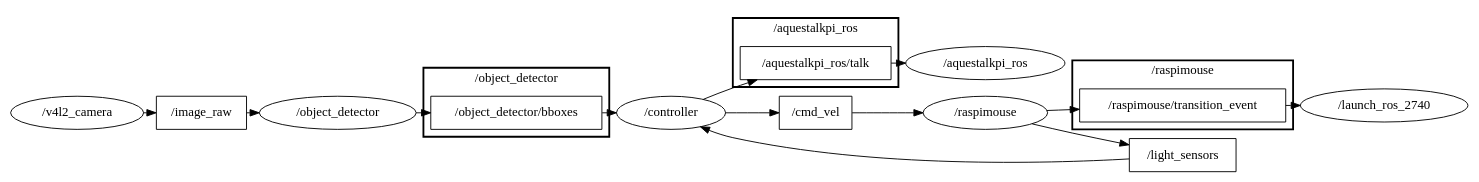
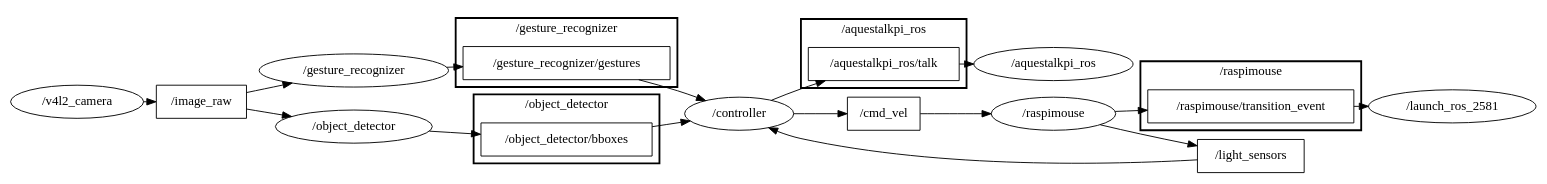
Before and after one commit to eyr1n/robotexp_group3_ws: the diagram in rosgraph.dot, drawn with Graphviz.

```diff
--- a/rosgraph.dot
+++ b/rosgraph.dot
@@ -1,17 +1,57 @@
 digraph graphname {
-	graph [bb="0,0,1583.7,170.99",
+	graph [bb="0,0,1657.8,201",
 		compound=True,
 		rank=same,
 		rankdir=LR,
 		ranksep=0.2
 	];
 	node [label="\N"];
+	subgraph cluster___gesture_recognizer {
+		graph [bb="483.67,118,724.67,193",
+			compound=True,
+			label="/gesture_recognizer",
+			lheight=0.21,
+			lp="604.17,181.5",
+			lwidth=1.97,
+			rank=same,
+			rankdir=LR,
+			ranksep=0.2,
+			style=bold
+		];
+		t___gesture_recognizer__gestures	[URL=topic_3A__gesture_recognizer__gestures,
+			height=0.5,
+			label="/gesture_recognizer/gestures",
+			pos="604.17,144",
+			shape=box,
+			tooltip="topic:/gesture_recognizer/gestures",
+			width=3.125];
+	}
+	subgraph cluster___aquestalkpi_ros {
+		graph [bb="858.96,62,1039,137",
+			compound=True,
+			label="/aquestalkpi_ros",
+			lheight=0.21,
+			lp="948.96,125.5",
+			lwidth=1.62,
+			rank=same,
+			rankdir=LR,
+			ranksep=0.2,
+			style=bold
+		];
+		t___aquestalkpi_ros__talk	[URL=topic_3A__aquestalkpi_ros__talk,
+			height=0.5,
+			label="/aquestalkpi_ros/talk",
+			pos="948.96,88",
+			shape=box,
+			tooltip="topic:/aquestalkpi_ros/talk",
+			width=2.2778];
+	}
 	subgraph cluster___object_detector {
-		graph [bb="448.57,62,650.57,137",
+		graph [bb="503.17,35,705.17,110",
 			compound=True,
 			label="/object_detector",
 			lheight=0.21,
-			lp="549.57,125.5",
+			lp="604.17,98.5",
 			lwidth=1.60,
 			rank=same,
 			rankdir=LR,
@@ -21,17 +61,17 @@
 		t___object_detector__bboxes	[URL=topic_3A__object_detector__bboxes,
 			height=0.5,
 			label="/object_detector/bboxes",
-			pos="549.57,88",
+			pos="604.17,61",
 			shape=box,
 			tooltip="topic:/object_detector/bboxes",
 			width=2.5833];
 	}
 	subgraph cluster___raspimouse {
-		graph [bb="1153.7,8,1393.7,83",
+		graph [bb="1227.8,8,1467.8,83",
 			compound=True,
 			label="/raspimouse",
 			lheight=0.21,
-			lp="1273.7,71.5",
+			lp="1347.8,71.5",
 			lwidth=1.22,
 			rank=same,
 			rankdir=LR,
@@ -41,128 +81,124 @@
 		t___raspimouse__transition_event	[URL=topic_3A__raspimouse__transition_event,
 			height=0.5,
 			label="/raspimouse/transition_event",
-			pos="1273.7,34",
+			pos="1347.8,34",
 			shape=box,
 			tooltip="topic:/raspimouse/transition_event",
 			width=3.1111];
 	}
-	subgraph cluster___aquestalkpi_ros {
-		graph [bb="784.86,62,964.86,137",
-			compound=True,
-			label="/aquestalkpi_ros",
-			lheight=0.21,
-			lp="874.86,125.5",
-			lwidth=1.62,
-			rank=same,
-			rankdir=LR,
-			ranksep=0.2,
-			style=bold
-		];
-		t___aquestalkpi_ros__talk	[URL=topic_3A__aquestalkpi_ros__talk,
-			height=0.5,
-			label="/aquestalkpi_ros/talk",
-			pos="874.86,88",
-			shape=box,
-			tooltip="topic:/aquestalkpi_ros/talk",
-			width=2.2778];
-	}
 	n___controller	[URL=__controller,
 		height=0.5,
 		label="/controller",
-		pos="717.72,88",
+		pos="791.81,88",
 		shape=ellipse,
 		tooltip="/controller",
 		width=1.6429];
-	t___object_detector__bboxes -> n___controller	[edgetooltip="Subscription\nnode_name: /controller\ntopic_name: /object_detector/bboxes\nQoS settings\n- reliability: reliable\n- durability: volatile\n- lifespan: 9223372036854775807 ns\n- deadline: 9223372036854775807 ns\n- liveliness: automatic\n- liveliness_lease_duration: 9223372036854775807 ns\n- avoid_ros_namespace_conventions: False",
+	t___gesture_recognizer__gestures -> n___controller	[edgetooltip="Subscription\nnode_name: /controller\ntopic_name: /gesture_recognizer/gestures\nQoS settings\n- reliability: reliable\n- durability: volatile\n- lifespan: 9223372036854775807 ns\n- deadline: 9223372036854775807 ns\n- liveliness: automatic\n- liveliness_lease_duration: 9223372036854775807 ns\n- avoid_ros_namespace_conventions: False",
 		penwidth=1,
-		pos="e,658.33,88 642.88,88 644.67,88 646.46,88 648.25,88"];
-	n___launch_ros_2740	[URL=__launch_ros_2740,
-		height=0.5,
-		label="/launch_ros_2740",
-		pos="1492.7,34",
-		shape=ellipse,
-		tooltip="/launch_ros_2740",
-		width=2.5276];
-	t___raspimouse__transition_event -> n___launch_ros_2740	[edgetooltip="Subscription\nnode_name: /launch_ros_2740\ntopic_name: /raspimouse/transition_event\nQoS settings\n- reliability: reliable\n- durability: volatile\n- lifespan: 9223372036854775807 ns\n- deadline: 9223372036854775807 ns\n- liveliness: automatic\n- liveliness_lease_duration: 9223372036854775807 ns\n- avoid_ros_namespace_conventions: False",
-		penwidth=1,
-		pos="e,1401.7,34 1385.8,34 1387.6,34 1389.4,34 1391.3,34"];
+		pos="e,756.44,102.48 683.04,125.99 696.99,122.33 711.33,118.28 724.67,114 731.86,111.7 739.39,109.01 746.69,106.25"];
 	n___aquestalkpi_ros	[URL=__aquestalkpi_ros,
 		height=0.5,
 		label="/aquestalkpi_ros",
-		pos="1059.3,88",
+		pos="1133.4,88",
 		shape=ellipse,
 		tooltip="/aquestalkpi_ros",
 		width=2.4012];
 	t___aquestalkpi_ros__talk -> n___aquestalkpi_ros	[edgetooltip="Subscription\nnode_name: /aquestalkpi_ros\ntopic_name: /aquestalkpi_ros/talk\nQoS settings\n- reliability: reliable\n- durability: volatile\n- lifespan: 9223372036854775807 ns\n- deadline: 9223372036854775807 ns\n- liveliness: automatic\n- liveliness_lease_duration: 9223372036854775807 ns\n- avoid_ros_namespace_conventions: False",
 		penwidth=1,
-		pos="e,972.71,88 956.95,88 958.75,88 960.55,88 962.36,88"];
-	t___light_sensors	[URL=topic_3A__light_sensors,
+		pos="e,1046.8,88 1031,88 1032.8,88 1034.6,88 1036.5,88"];
+	t___object_detector__bboxes -> n___controller	[edgetooltip="Subscription\nnode_name: /controller\ntopic_name: /object_detector/bboxes\nQoS settings\n- reliability: reliable\n- durability: volatile\n- lifespan: 9223372036854775807 ns\n- deadline: 9223372036854775807 ns\n- liveliness: automatic\n- liveliness_lease_duration: 9223372036854775807 ns\n- avoid_ros_namespace_conventions: False",
+		penwidth=1,
+		pos="e,738.09,80.332 697.18,74.381 707.6,75.897 718.03,77.415 727.95,78.858"];
+	n___launch_ros_2581	[URL=__launch_ros_2581,
 		height=0.5,
-		label="/light_sensors",
-		pos="1273.7,132",
-		shape=box,
-		tooltip="topic:/light_sensors",
-		width=1.6111];
-	t___light_sensors -> n___controller	[edgetooltip="Subscription\nnode_name: /controller\ntopic_name: /light_sensors\nQoS settings\n- reliability: reliable\n- durability: volatile\n- lifespan: 9223372036854775807 ns\n- deadline: 9223372036854775807 ns\n- liveliness: automatic\n- liveliness_lease_duration: 9223372036854775807 ns\n- avoid_ros_namespace_conventions: False",
+		label="/launch_ros_2581",
+		pos="1566.8,34",
+		shape=ellipse,
+		tooltip="/launch_ros_2581",
+		width=2.5276];
+	t___raspimouse__transition_event -> n___launch_ros_2581	[edgetooltip="Subscription\nnode_name: /launch_ros_2581\ntopic_name: /raspimouse/transition_event\nQoS settings\n- reliability: reliable\n- durability: volatile\n- lifespan: 9223372036854775807 ns\n- deadline: 9223372036854775807 ns\n- liveliness: automatic\n- liveliness_lease_duration: 9223372036854775807 ns\n- avoid_ros_namespace_conventions: False",
 		penwidth=1,
-		pos="e,734.14,105.53 1215.5,145.6 1122.2,165.03 932.93,193 784.86,141 768.46,135.24 753.11,123.51 741.34,112.55"];
+		pos="e,1475.8,34 1459.9,34 1461.7,34 1463.5,34 1465.4,34"];
 	t___cmd_vel	[URL=topic_3A__cmd_vel,
 		height=0.5,
 		label="/cmd_vel",
-		pos="874.86,34",
+		pos="948.96,34",
 		shape=box,
 		tooltip="topic:/cmd_vel",
 		width=1.0972];
 	n___raspimouse	[URL=__raspimouse,
 		height=0.5,
 		label="/raspimouse",
-		pos="1059.3,34",
+		pos="1133.4,34",
 		shape=ellipse,
 		tooltip="/raspimouse",
 		width=1.8776];
 	t___cmd_vel -> n___raspimouse	[edgetooltip="Subscription\nnode_name: /raspimouse\ntopic_name: /cmd_vel\nQoS settings\n- reliability: reliable\n- durability: volatile\n- lifespan: 9223372036854775807 ns\n- deadline: 9223372036854775807 ns\n- liveliness: automatic\n- liveliness_lease_duration: 9223372036854775807 ns\n- avoid_ros_namespace_conventions: False",
 		penwidth=1,
-		pos="e,991.65,34 914.55,34 934.05,34 958.41,34 981.5,34"];
+		pos="e,1065.7,34 988.65,34 1008.1,34 1032.5,34 1055.6,34"];
 	t___image_raw	[URL=topic_3A__image_raw,
 		height=0.5,
 		label="/image_raw",
-		pos="207.29,88",
+		pos="207.29,102",
 		shape=box,
 		tooltip="topic:/image_raw",
 		width=1.3611];
+	n___gesture_recognizer	[URL=__gesture_recognizer,
+		height=0.5,
+		label="/gesture_recognizer",
+		pos="372.98,136",
+		shape=ellipse,
+		tooltip="/gesture_recognizer",
+		width=2.8525];
+	t___image_raw -> n___gesture_recognizer	[edgetooltip="Subscription\nnode_name: /gesture_recognizer\ntopic_name: /image_raw\nQoS settings\n- reliability: reliable\n- durability: volatile\n- lifespan: 9223372036854775807 ns\n- deadline: 9223372036854775807 ns\n- liveliness: automatic\n- liveliness_lease_duration: 9223372036854775807 ns\n- avoid_ros_namespace_conventions: False",
+		penwidth=1,
+		pos="e,305.9,122.28 256.51,112.02 268.84,114.58 282.39,117.39 295.75,120.17"];
 	n___object_detector	[URL=__object_detector,
 		height=0.5,
 		label="/object_detector",
-		pos="355.43,88",
+		pos="372.98,75",
 		shape=ellipse,
 		tooltip="/object_detector",
 		width=2.3651];
 	t___image_raw -> n___object_detector	[edgetooltip="Subscription\nnode_name: /object_detector\ntopic_name: /image_raw\nQoS settings\n- reliability: reliable\n- durability: volatile\n- lifespan: 9223372036854775807 ns\n- deadline: 9223372036854775807 ns\n- liveliness: automatic\n- liveliness_lease_duration: 9223372036854775807 ns\n- avoid_ros_namespace_conventions: False",
 		penwidth=1,
-		pos="e,270.1,88 256.54,88 257.65,88 258.76,88 259.87,88"];
+		pos="e,305.3,85.999 256.51,94.045 268.69,92.037 282.06,89.831 295.26,87.654"];
+	t___light_sensors	[URL=topic_3A__light_sensors,
+		height=0.5,
+		label="/light_sensors",
+		pos="1347.8,132",
+		shape=box,
+		tooltip="topic:/light_sensors",
+		width=1.6111];
+	t___light_sensors -> n___controller	[edgetooltip="Subscription\nnode_name: /controller\ntopic_name: /light_sensors\nQoS settings\n- reliability: reliable\n- durability: volatile\n- lifespan: 9223372036854775807 ns\n- deadline: 9223372036854775807 ns\n- liveliness: automatic\n- liveliness_lease_duration: 9223372036854775807 ns\n- avoid_ros_namespace_conventions: False",
+		penwidth=1,
+		pos="e,808.24,105.53 1289.6,145.6 1196.3,165.03 1007,193 858.96,141 842.56,135.24 827.21,123.51 815.43,112.55"];
+	n___raspimouse -> t___raspimouse__transition_event	[edgetooltip="Publisher\nnode_name: /raspimouse\ntopic_name: /raspimouse/transition_event\nQoS settings\n- reliability: reliable\n- durability: volatile\n- lifespan: 9223372036854775807 ns\n- deadline: 9223372036854775807 ns\n- liveliness: automatic\n- liveliness_lease_duration: 9223372036854775807 ns\n- avoid_ros_namespace_conventions: False",
+		penwidth=1,
+		pos="e,1235.7,34 1201,34 1208.9,34 1217.1,34 1225.5,34"];
+	n___raspimouse -> t___light_sensors	[edgetooltip="Publisher\nnode_name: /raspimouse\ntopic_name: /light_sensors\nQoS settings\n- reliability: reliable\n- durability: volatile\n- lifespan: 9223372036854775807 ns\n- deadline: 9223372036854775807 ns\n- liveliness: automatic\n- liveliness_lease_duration: 9223372036854775807 ns\n- avoid_ros_namespace_conventions: False",
+		penwidth=1,
+		pos="e,1289.6,121.62 1191.1,43.473 1201.7,47.436 1212,53.05 1219.8,61 1228.4,69.581 1219.6,78.186 1227.8,87 1241.7,101.81 1261,111.78 1280,118.49"];
+	n___gesture_recognizer -> t___gesture_recognizer__gestures	[edgetooltip="Publisher\nnode_name: /gesture_recognizer\ntopic_name: /gesture_recognizer/gestures\nQoS settings\n- reliability: reliable\n- durability: volatile\n- lifespan: 9223372036854775807 ns\n- deadline: 9223372036854775807 ns\n- liveliness: automatic\n- liveliness_lease_duration: 9223372036854775807 ns\n- avoid_ros_namespace_conventions: False",
+		penwidth=1,
+		pos="e,491.67,140.11 473.84,139.49 476.42,139.58 479.02,139.67 481.62,139.76"];
+	n___controller -> t___aquestalkpi_ros__talk	[edgetooltip="Publisher\nnode_name: /controller\ntopic_name: /aquestalkpi_ros/talk\nQoS settings\n- reliability: reliable\n- durability: volatile\n- lifespan: 9223372036854775807 ns\n- deadline: 9223372036854775807 ns\n- liveliness: automatic\n- liveliness_lease_duration: 9223372036854775807 ns\n- avoid_ros_namespace_conventions: False",
+		penwidth=1,
+		pos="e,866.77,88 851.03,88 852.8,88 854.59,88 856.38,88"];
+	n___controller -> t___cmd_vel	[edgetooltip="Publisher\nnode_name: /controller\ntopic_name: /cmd_vel\nQoS settings\n- reliability: reliable\n- durability: volatile\n- lifespan: 9223372036854775807 ns\n- deadline: 9223372036854775807 ns\n- liveliness: automatic\n- liveliness_lease_duration: 9223372036854775807 ns\n- avoid_ros_namespace_conventions: False",
+		penwidth=1,
+		pos="e,909.42,42.935 823.68,72.748 834.66,67.659 847.21,62.217 858.96,58 871.92,53.347 886.23,49.11 899.51,45.536"];
 	n___v4l2_camera	[URL=__v4l2_camera,
 		height=0.5,
 		label="/v4l2_camera",
-		pos="72.144,88",
+		pos="72.144,102",
 		shape=ellipse,
 		tooltip="/v4l2_camera",
 		width=2.004];
 	n___v4l2_camera -> t___image_raw	[edgetooltip="Publisher\nnode_name: /v4l2_camera\ntopic_name: /image_raw\nQoS settings\n- reliability: reliable\n- durability: volatile\n- lifespan: 9223372036854775807 ns\n- deadline: 9223372036854775807 ns\n- liveliness: automatic\n- liveliness_lease_duration: 9223372036854775807 ns\n- avoid_ros_namespace_conventions: False",
 		penwidth=1,
-		pos="e,157.94,88 144.39,88 145.54,88 146.68,88 147.82,88"];
-	n___controller -> t___aquestalkpi_ros__talk	[edgetooltip="Publisher\nnode_name: /controller\ntopic_name: /aquestalkpi_ros/talk\nQoS settings\n- reliability: reliable\n- durability: volatile\n- lifespan: 9223372036854775807 ns\n- deadline: 9223372036854775807 ns\n- liveliness: automatic\n- liveliness_lease_duration: 9223372036854775807 ns\n- avoid_ros_namespace_conventions: False",
-		penwidth=1,
-		pos="e,792.67,88 776.93,88 778.7,88 780.49,88 782.29,88"];
-	n___controller -> t___cmd_vel	[edgetooltip="Publisher\nnode_name: /controller\ntopic_name: /cmd_vel\nQoS settings\n- reliability: reliable\n- durability: volatile\n- lifespan: 9223372036854775807 ns\n- deadline: 9223372036854775807 ns\n- liveliness: automatic\n- liveliness_lease_duration: 9223372036854775807 ns\n- avoid_ros_namespace_conventions: False",
-		penwidth=1,
-		pos="e,835.33,42.935 749.58,72.748 760.56,67.659 773.11,62.217 784.86,58 797.82,53.347 812.13,49.11 825.41,45.536"];
+		pos="e,157.94,102 144.39,102 145.54,102 146.68,102 147.82,102"];
 	n___object_detector -> t___object_detector__bboxes	[edgetooltip="Publisher\nnode_name: /object_detector\ntopic_name: /object_detector/bboxes\nQoS settings\n- reliability: reliable\n- durability: volatile\n- lifespan: 9223372036854775807 ns\n- deadline: 9223372036854775807 ns\n- liveliness: automatic\n- liveliness_lease_duration: 9223372036854775807 ns\n- avoid_ros_namespace_conventions: False",
 		penwidth=1,
-		pos="e,456.52,88 440.71,88 442.51,88 444.32,88 446.13,88"];
-	n___raspimouse -> t___raspimouse__transition_event	[edgetooltip="Publisher\nnode_name: /raspimouse\ntopic_name: /raspimouse/transition_event\nQoS settings\n- reliability: reliable\n- durability: volatile\n- lifespan: 9223372036854775807 ns\n- deadline: 9223372036854775807 ns\n- liveliness: automatic\n- liveliness_lease_duration: 9223372036854775807 ns\n- avoid_ros_namespace_conventions: False",
-		penwidth=1,
-		pos="e,1161.6,34 1126.9,34 1134.8,34 1143,34 1151.4,34"];
-	n___raspimouse -> t___light_sensors	[edgetooltip="Publisher\nnode_name: /raspimouse\ntopic_name: /light_sensors\nQoS settings\n- reliability: reliable\n- durability: volatile\n- lifespan: 9223372036854775807 ns\n- deadline: 9223372036854775807 ns\n- liveliness: automatic\n- liveliness_lease_duration: 9223372036854775807 ns\n- avoid_ros_namespace_conventions: False",
-		penwidth=1,
-		pos="e,1215.5,121.62 1117,43.473 1127.6,47.436 1137.9,53.05 1145.7,61 1154.3,69.581 1145.5,78.186 1153.7,87 1167.6,101.81 1186.9,111.78 1205.9,118.49"];
+		pos="e,510.81,66.642 455.1,70.044 469.89,69.141 485.5,68.188 500.81,67.253"];
 }
```
